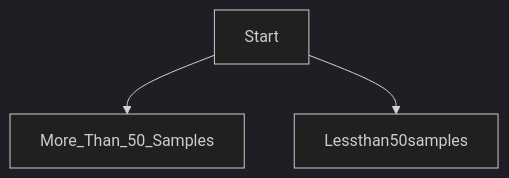
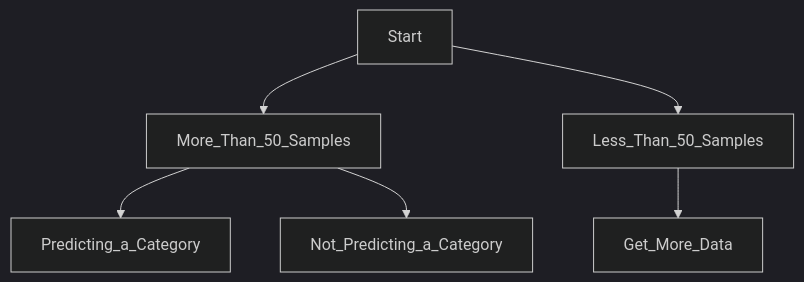
Before and after one commit to hwetsman/Public_Notes: the diagram in ML_Cheatsheet.md, drawn with Mermaid (dark theme).

````diff
--- a/ML_Cheatsheet.md
+++ b/ML_Cheatsheet.md
@@ -1,5 +1,8 @@
 ```mermaid
 flowchart TD
   Start --> More_Than_50_Samples
-  Start --> Lessthan50samples
+  More_Than_50_Samples --> Predicting_a_Category
+  More_Than_50_Samples --> Not_Predicting_a_Category
+  Start --> Less_Than_50_Samples
+  Less_Than_50_Samples --> Get_More_Data
 ```
````
